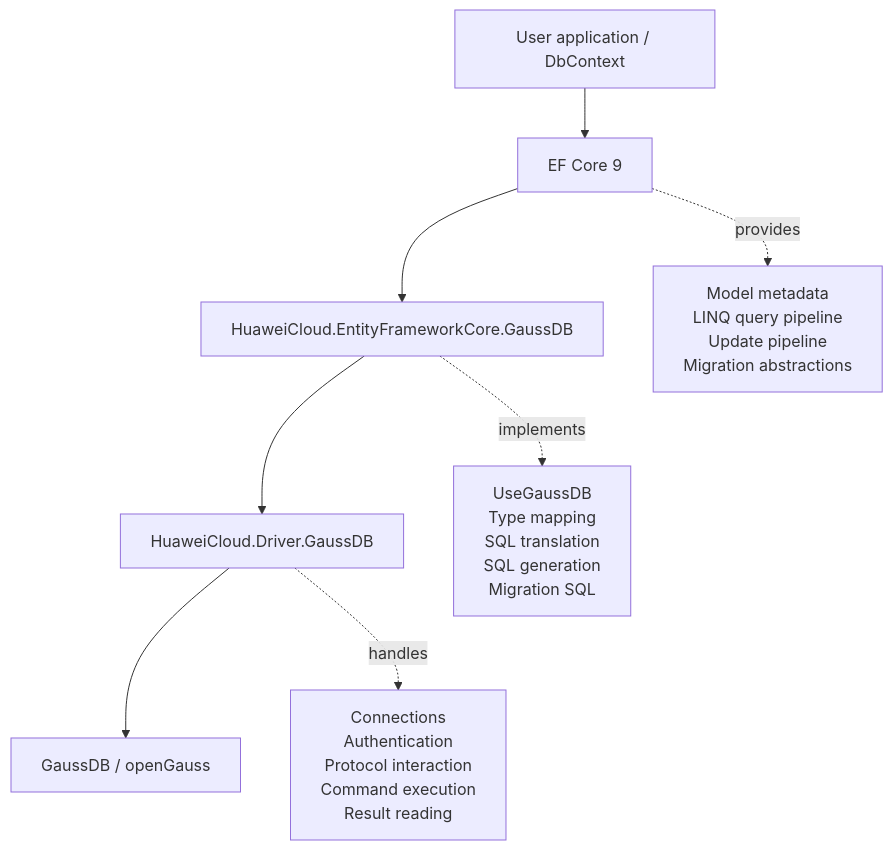
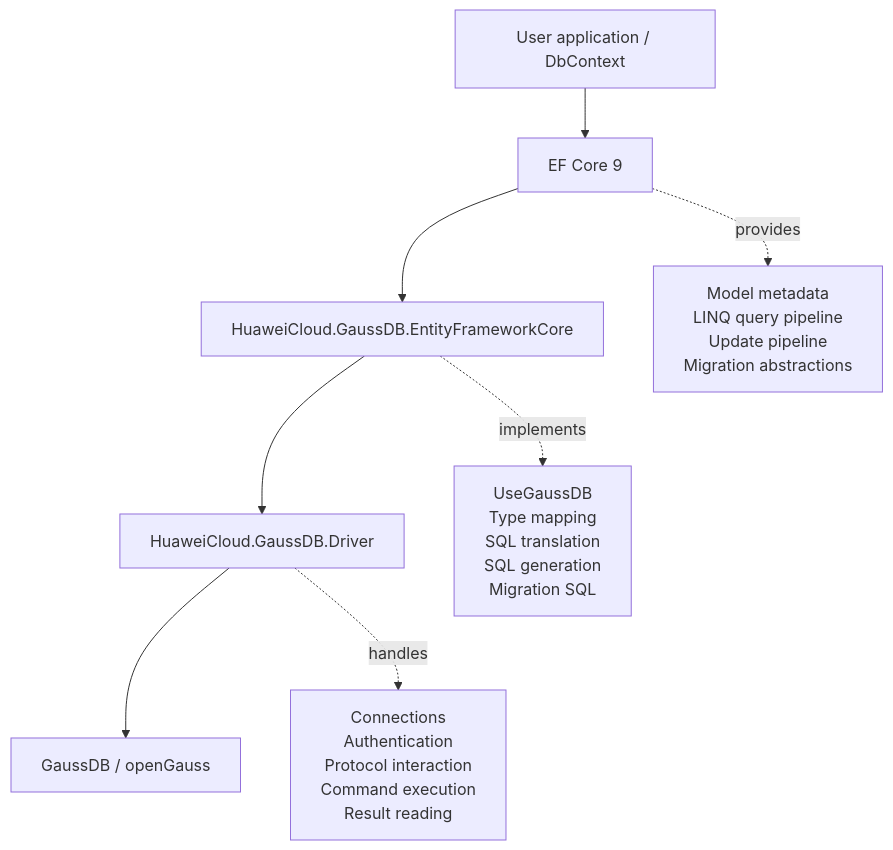
One commit to HuaweiCloudDeveloper/gaussdb-efcore changed the diagram in doc/GaussDB_EFCore_net9_Downgrade_and_Distributed_Testing_Design.md. Above: the diagram before and after it, drawn with Mermaid. The commit also changed other lines of this file and 15 other files, not shown here.

Commit message:
Align GaussDB EF Core package release versions

````diff
--- a/doc/GaussDB_EFCore_net9_Downgrade_and_Distributed_Testing_Design.md
+++ b/doc/GaussDB_EFCore_net9_Downgrade_and_Distributed_Testing_Design.md
@@ -19,11 +19,11 @@
 ```mermaid
 flowchart TD
     App["User application / DbContext"] --> EF["EF Core 9"]
-    EF --> Provider["HuaweiCloud.EntityFrameworkCore.GaussDB"]
-    Provider --> Driver["HuaweiCloud.Driver.GaussDB"]
+    EF --> Provider["HuaweiCloud.GaussDB.EntityFrameworkCore"]
+    Provider --> Driver["HuaweiCloud.GaussDB.Driver"]
     Driver --> DB["GaussDB / openGauss"]
 
     EF -.provides.-> EFServices["Model metadata\nLINQ query pipeline\nUpdate pipeline\nMigration abstractions"]
     Provider -.implements.-> ProviderServices["UseGaussDB\nType mapping\nSQL translation\nSQL generation\nMigration SQL"]
     Driver -.handles.-> DriverServices["Connections\nAuthentication\nProtocol interaction\nCommand execution\nResult reading"]
 ```
````
